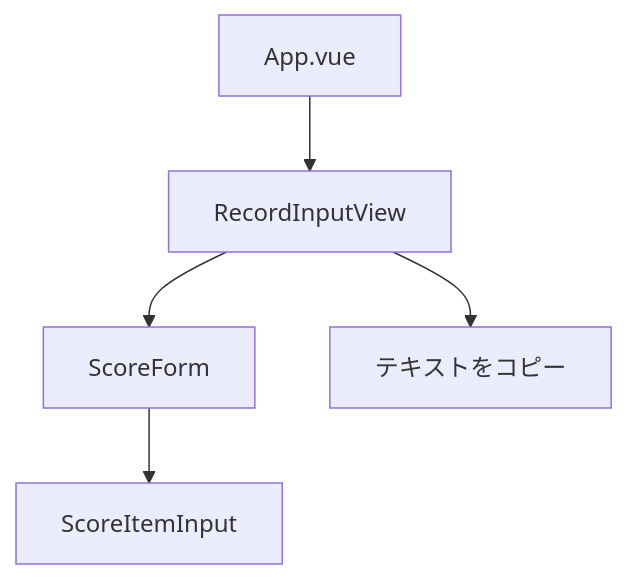
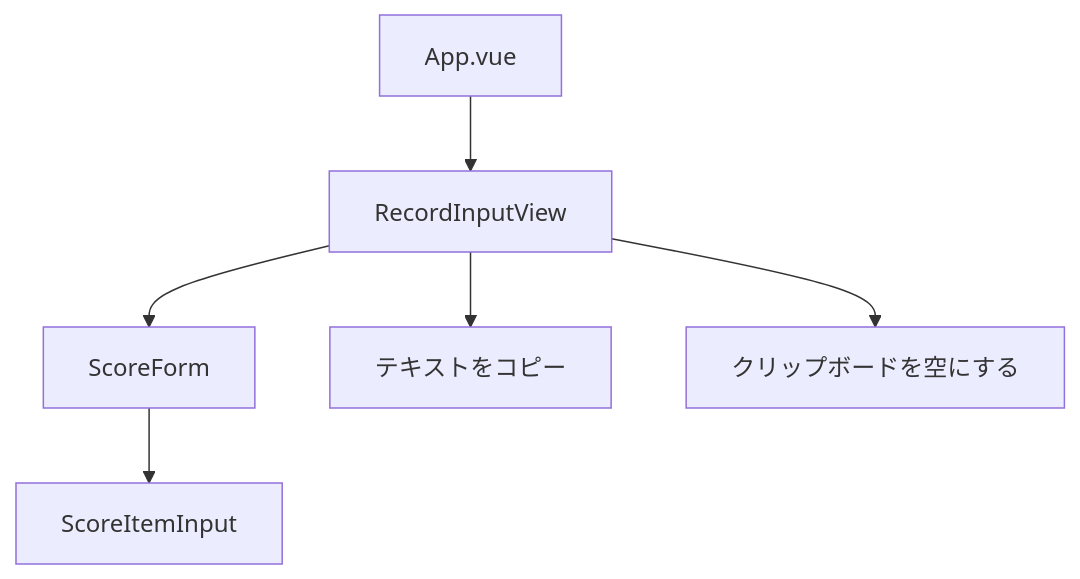
The third of 4 diagrams in docs/design.md (HaraRyonosuke/condition-tracker), drawn with Mermaid before and after one commit. The commit also changed other lines of this file and 3 other files, not shown here.

````diff
--- a/docs/design.md
+++ b/docs/design.md
@@ -150,8 +150,9 @@
 ```mermaid
 graph TD
     App[App.vue]
     App --> Input[RecordInputView]
     Input --> ScoreForm[ScoreForm]
     ScoreForm --> ScoreItem[ScoreItemInput]
     Input --> CopyAction[テキストをコピー]
+    Input --> ClearAction[クリップボードを空にする]
 ```
````
